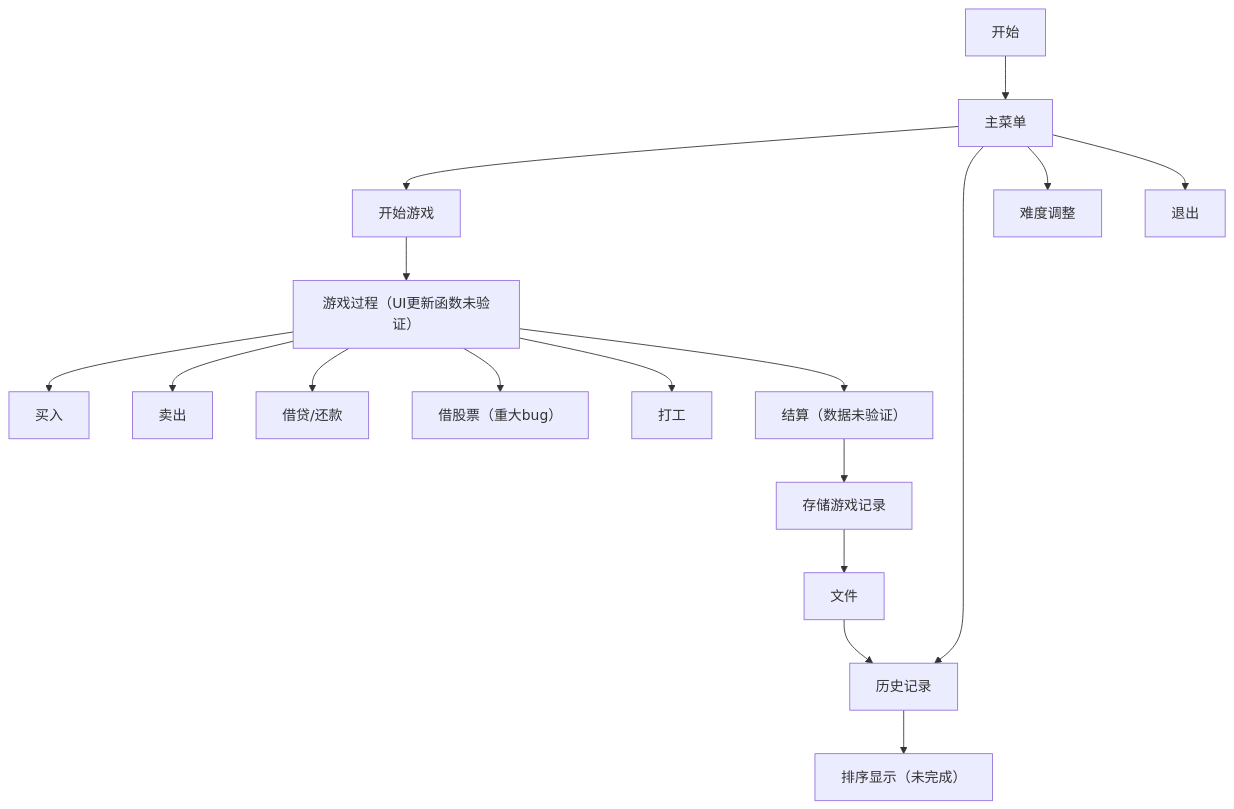
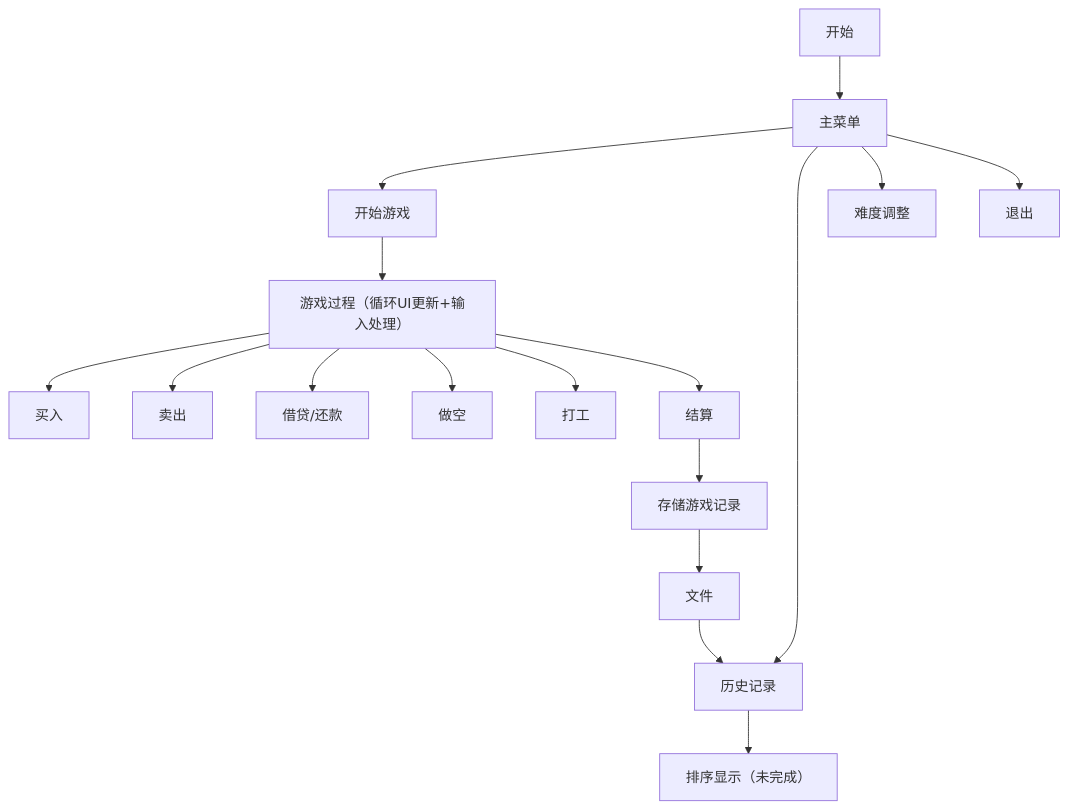
One commit to square-235/TradingSimulator changed the diagram in 项目结构.md. Above: the diagram before and after it, drawn with Mermaid. The commit also changed other lines of this file and 7 other files, not shown here.

````diff
--- a/项目结构.md
+++ b/项目结构.md
@@ -3,15 +3,15 @@
 ```mermaid
 graph TD
     A[开始]--> B[主菜单]--> C[开始游戏]
     B-->D[历史记录]
     B-->E[难度调整]
     B-->F[退出]
-    C-->G[游戏过程（UI更新函数未验证）]
+    C-->G[游戏过程（循环UI更新+输入处理）]
     G-->H[买入]
     G-->I[卖出]
     G-->J[借贷/还款]
-    G-->K[借股票（重大bug）]
+    G-->K[做空]
     G-->L[打工]
-    G-->M[结算（数据未验证）]-->N[存储游戏记录]-->O[文件]-->D
+    G-->M[结算]-->N[存储游戏记录]-->O[文件]-->D
     D-->P[排序显示（未完成）]
 ```
````
